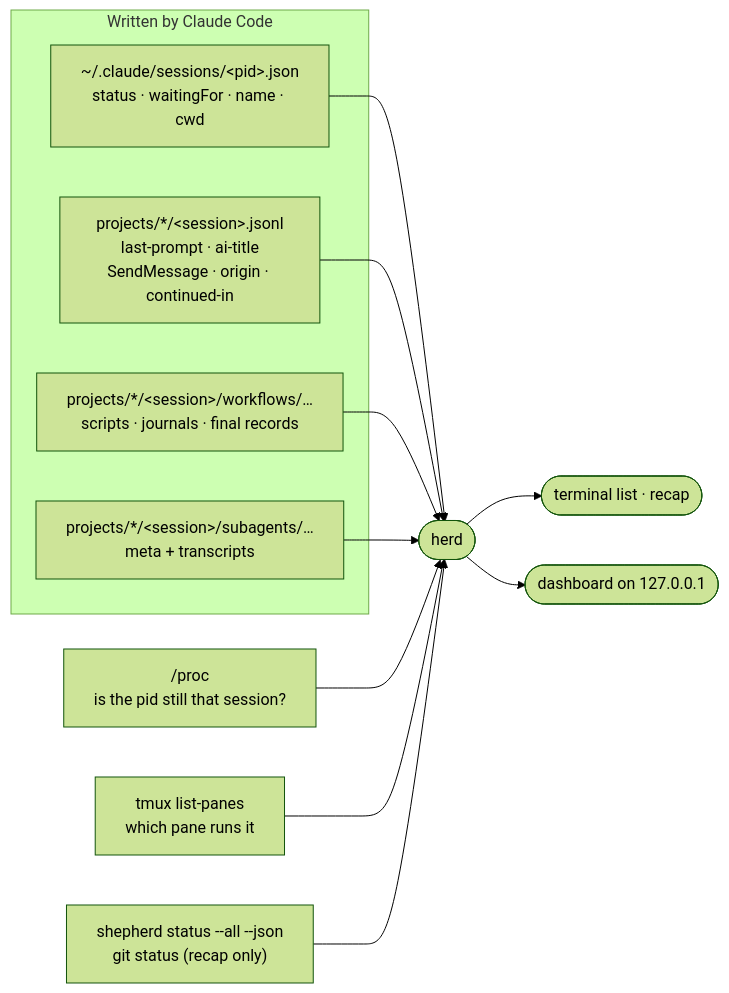
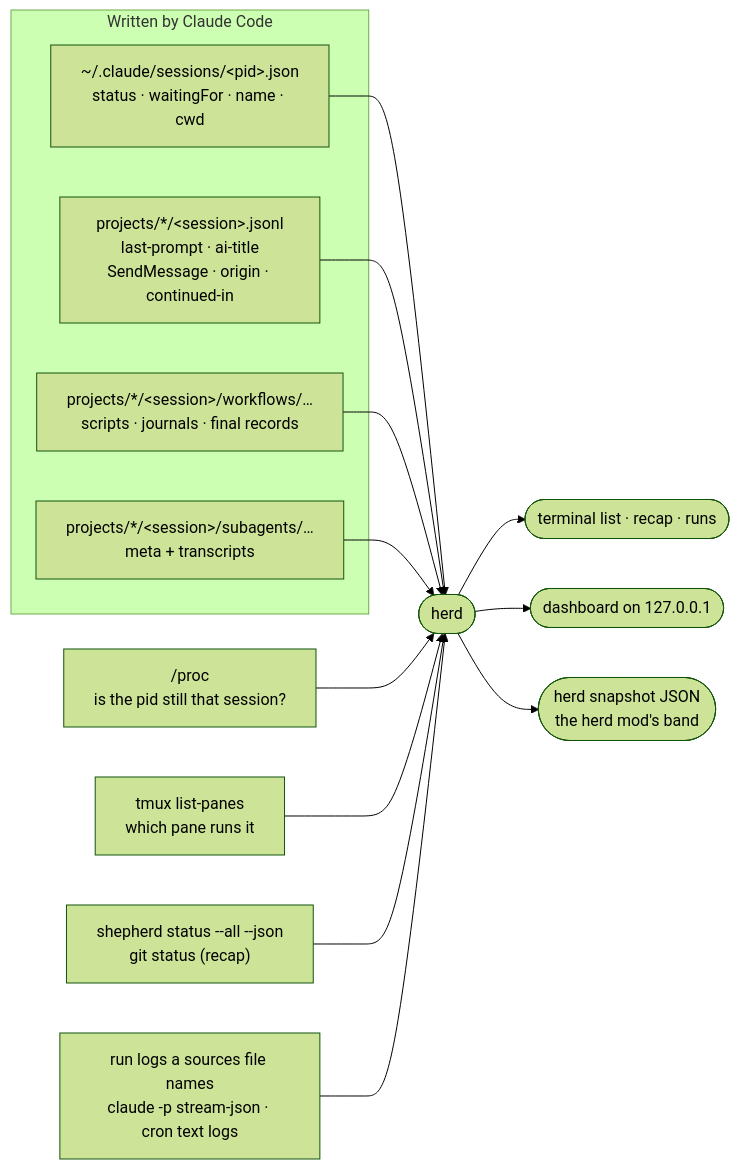
Before and after one commit to SearchingAlpha/claude-dotfiles: the diagram in harnesses/herd/README.md, drawn with Mermaid (forest theme). The commit also changed other lines of this file and 12 other files, not shown here.

````diff
--- a/harnesses/herd/README.md
+++ b/harnesses/herd/README.md
@@ -7,21 +9,24 @@
 ```mermaid
 flowchart LR
   subgraph cc["Written by Claude Code"]
     reg["~/.claude/sessions/&lt;pid&gt;.json<br/>status · waitingFor · name · cwd"]
     tr["projects/*/&lt;session&gt;.jsonl<br/>last-prompt · ai-title<br/>SendMessage · origin · continued-in"]
     wf["projects/*/&lt;session&gt;/workflows/…<br/>scripts · journals · final records"]
     sub["projects/*/&lt;session&gt;/subagents/…<br/>meta + transcripts"]
   end
   proc["/proc<br/>is the pid still that session?"]
   tmux["tmux list-panes<br/>which pane runs it"]
-  shep["shepherd status --all --json<br/>git status (recap only)"]
+  shep["shepherd status --all --json<br/>git status (recap)"]
+  logs["run logs a sources file names<br/>claude -p stream-json · cron text logs"]
   reg --> herd(["herd"])
   tr --> herd
   wf --> herd
   sub --> herd
   proc --> herd
   tmux --> herd
   shep --> herd
-  herd --> cli(["terminal list · recap"])
+  logs --> herd
+  herd --> cli(["terminal list · recap · runs"])
   herd --> web(["dashboard on 127.0.0.1"])
+  herd --> snap(["herd snapshot JSON<br/>the herd mod's band"])
 ```
````
